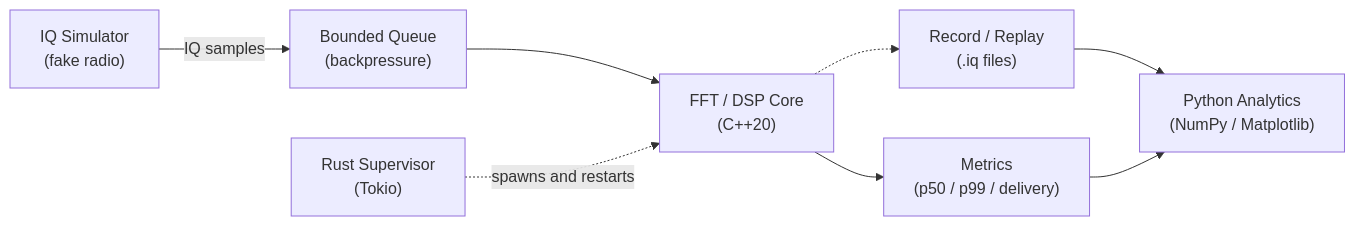
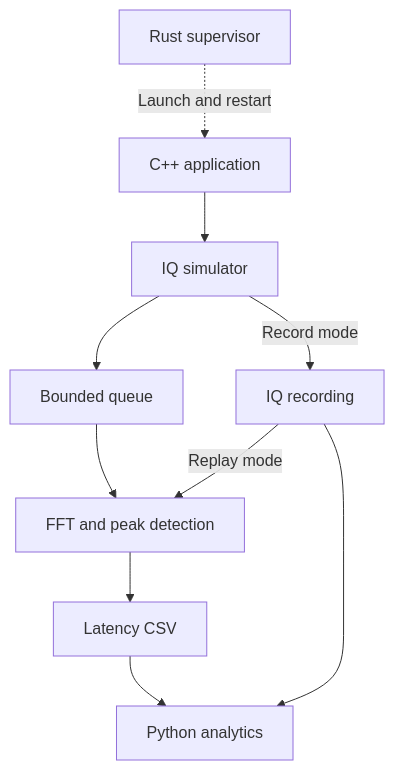
Before and after one commit to tyreefranklinjr/TeleComms--Software-Defined-Comms: the diagram in README.md, drawn with Mermaid. The commit also changed other lines of this file, not shown here.

````diff
--- a/README.md
+++ b/README.md
@@ -39,10 +45,12 @@
 ```mermaid
-flowchart LR
-    A["IQ Simulator\n(fake radio)"] -->|"IQ samples"| B["Bounded Queue\n(backpressure)"]
-    B --> C["FFT / DSP Core\n(C++20)"]
-    C --> D["Metrics\n(p50 / p99 / delivery)"]
-    C -.-> E["Record / Replay\n(.iq files)"]
-    F["Rust Supervisor\n(Tokio)"] -.->|"spawns and restarts"| C
-    E --> G["Python Analytics\n(NumPy / Matplotlib)"]
-    D --> G
+flowchart TD
+    S["Rust supervisor"] -.->|"Launch and restart"| P["C++ application"]
+    P --> A["IQ simulator"]
+    A --> B["Bounded queue"]
+    B --> C["FFT and peak detection"]
+    C --> D["Latency CSV"]
+    A -->|"Record mode"| E["IQ recording"]
+    E -->|"Replay mode"| C
+    D --> F["Python analytics"]
+    E --> F
 ```
````
